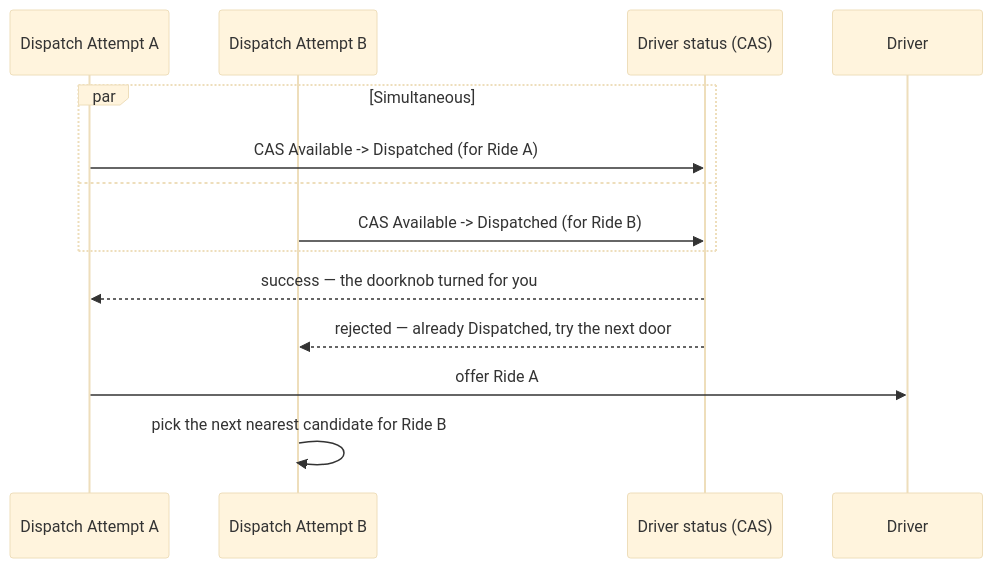
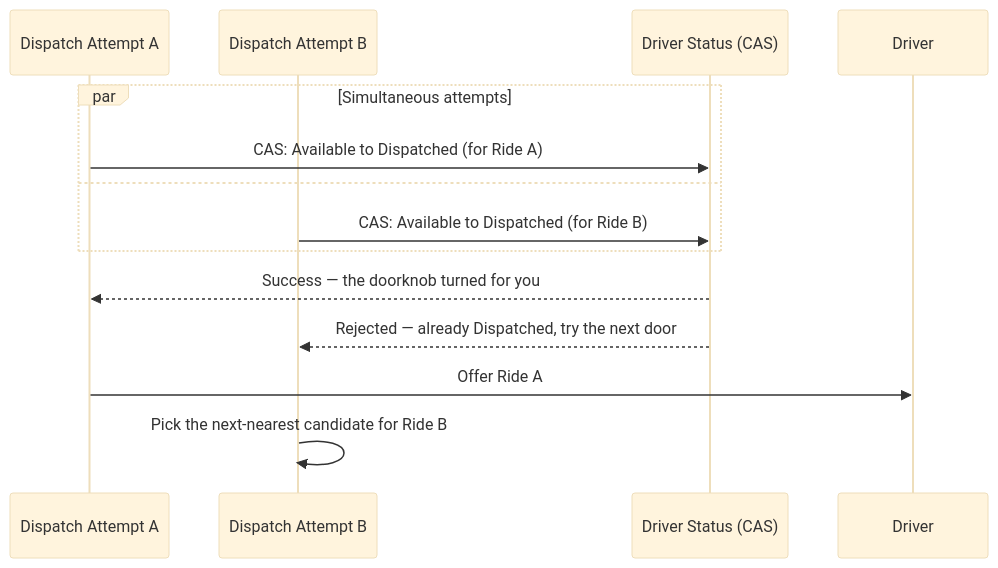
One commit to riyaz-pasha/Learnings changed the sixth of 16 diagrams in system-design/HLD/0-course/30-Design Uber-FAANG-Guide-story.md. Above: the diagram before and after it, drawn with Mermaid (base theme). The commit also changed other lines of this file and 1 other file, not shown here.

First line of the commit message:
[REWRITE] Design Uber guides: simplify prose, add structure, fix dark-theme diagrams

````diff
--- a/system-design/HLD/0-course/30-Design Uber-FAANG-Guide-story.md
+++ b/system-design/HLD/0-course/30-Design Uber-FAANG-Guide-story.md
@@ -167,17 +412,17 @@
 ```mermaid
 sequenceDiagram
     participant D1 as Dispatch Attempt A
     participant D2 as Dispatch Attempt B
-    participant DB as Driver status (CAS)
+    participant DB as Driver Status (CAS)
     participant Driver
 
-    par Simultaneous
-        D1->>DB: CAS Available -> Dispatched (for Ride A)
+    par Simultaneous attempts
+        D1->>DB: CAS: Available to Dispatched (for Ride A)
     and
-        D2->>DB: CAS Available -> Dispatched (for Ride B)
+        D2->>DB: CAS: Available to Dispatched (for Ride B)
     end
-    DB-->>D1: success — the doorknob turned for you
-    DB-->>D2: rejected — already Dispatched, try the next door
-    D1->>Driver: offer Ride A
-    D2->>D2: pick the next nearest candidate for Ride B
+    DB-->>D1: Success — the doorknob turned for you
+    DB-->>D2: Rejected — already Dispatched, try the next door
+    D1->>Driver: Offer Ride A
+    D2->>D2: Pick the next-nearest candidate for Ride B
 ```
````
